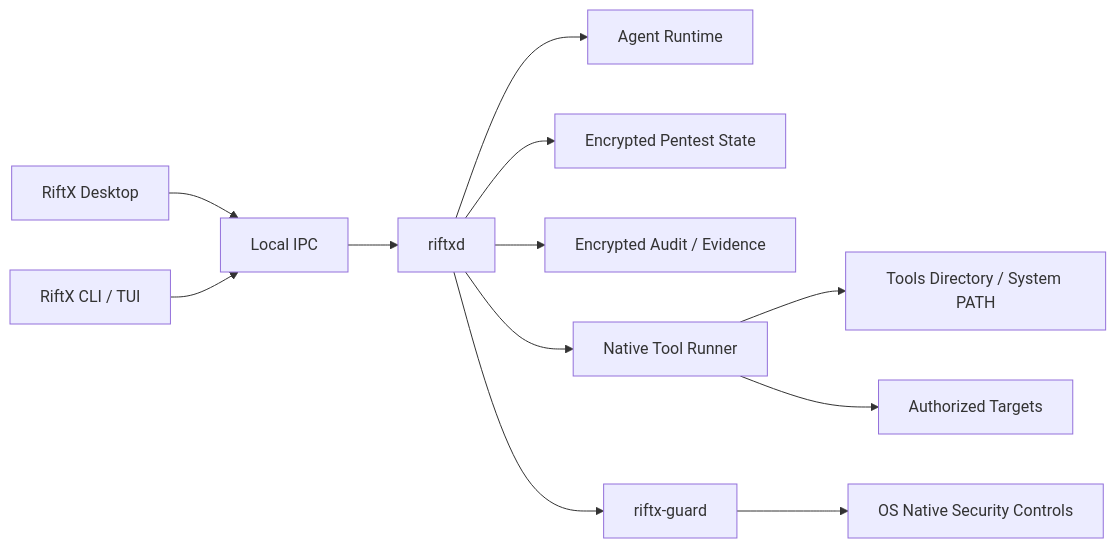
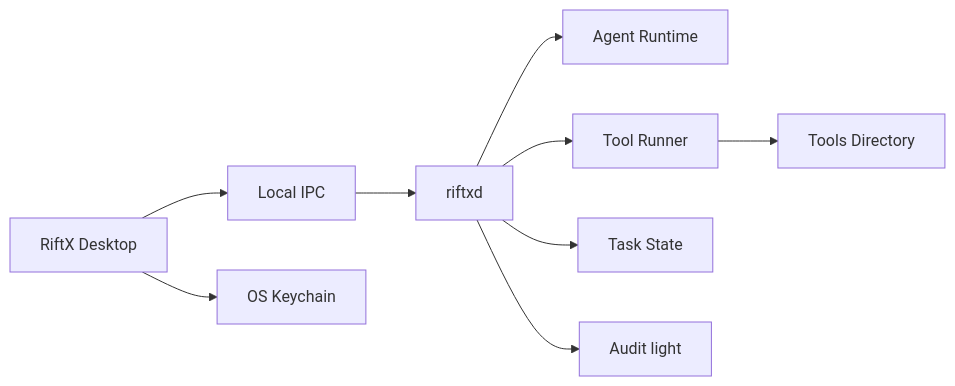
One commit to Ch1nfo/RiftX changed the diagram in RiftX-技术实现方案.md. Above: the diagram before and after it, drawn with Mermaid. The commit also changed other lines of this file and 2 other files, not shown here.

First line of the commit message:
docs: rewrite RiftX product direction for v0.8

````diff
--- a/RiftX-技术实现方案.md
+++ b/RiftX-技术实现方案.md
@@ -113,14 +45,11 @@
 ```mermaid
 flowchart LR
     Desktop["RiftX Desktop"] --> IPC["Local IPC"]
-    CLI["RiftX CLI / TUI"] --> IPC
     IPC --> Daemon["riftxd"]
     Daemon --> Agent["Agent Runtime"]
-    Daemon --> State["Encrypted Pentest State"]
-    Daemon --> Audit["Encrypted Audit / Evidence"]
-    Daemon --> Runner["Native Tool Runner"]
-    Daemon --> Guard["riftx-guard"]
-    Guard --> OS["OS Native Security Controls"]
-    Runner --> Tools["Tools Directory / System PATH"]
-    Runner --> Target["Authorized Targets"]
+    Daemon --> Runner["Tool Runner"]
+    Daemon --> State["Task State"]
+    Daemon --> Audit["Audit light"]
+    Runner --> Tools["Tools Directory"]
+    Desktop --> Keyring["OS Keychain"]
 ```
````
